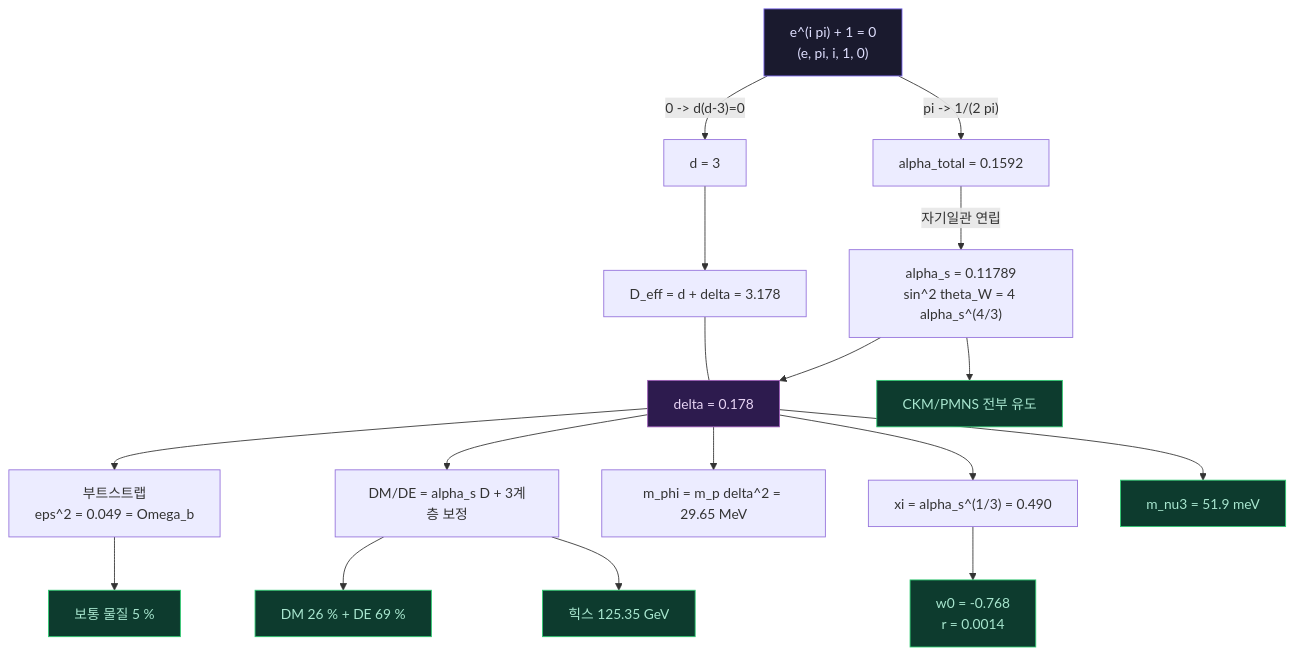
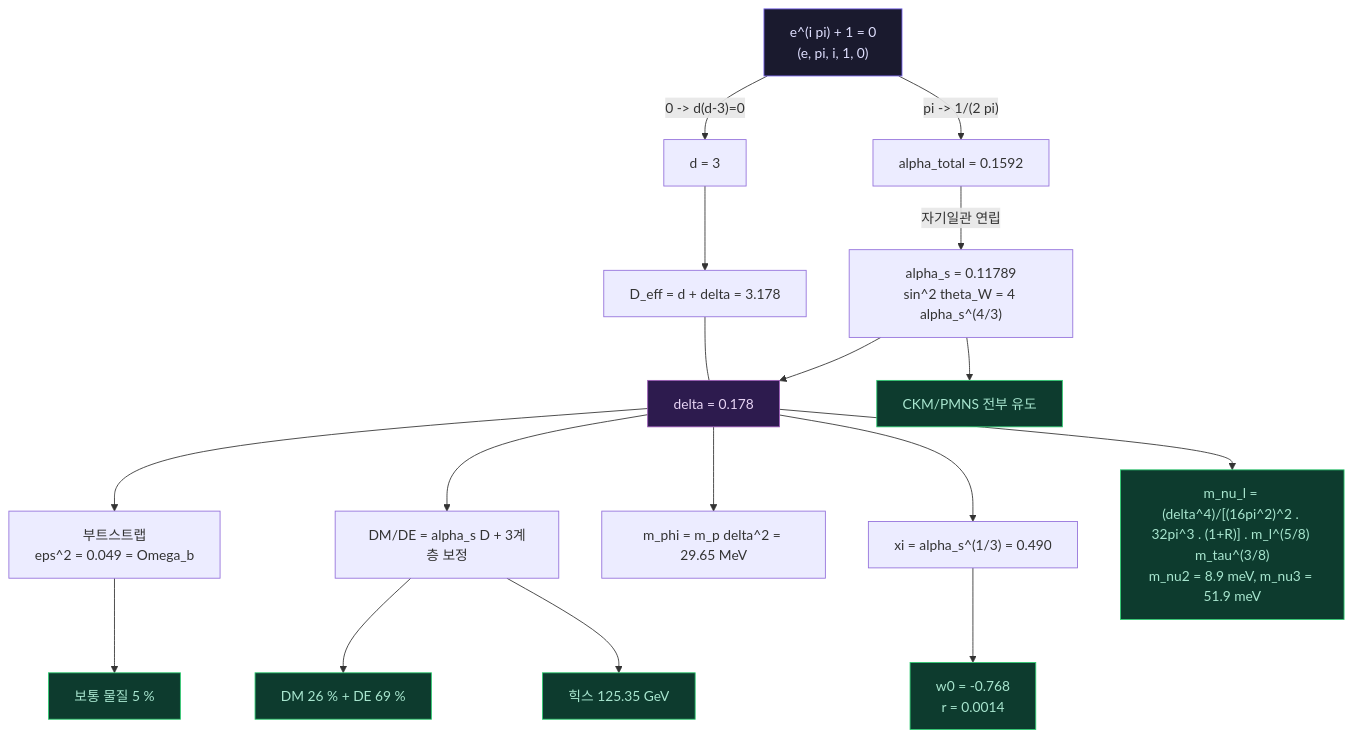
One commit to jigglypop/CE-BRAIN changed the diagram in README.md. Above: the diagram before and after it, drawn with Mermaid. The commit also changed other lines of this file and 2 other files, not shown here.

````diff
--- a/README.md
+++ b/README.md
@@ -180,34 +182,34 @@
 ```mermaid
 graph TD
     E["e^(i pi) + 1 = 0<br/>(e, pi, i, 1, 0)"]
 
     E -->|"0 -> d(d-3)=0"| D["d = 3"]
     E -->|"pi -> 1/(2 pi)"| A["alpha_total = 0.1592"]
 
     A -->|"자기일관 연립"| AS["alpha_s = 0.11789<br/>sin^2 theta_W = 4 alpha_s^(4/3)"]
 
     D --> DEFF["D_eff = d + delta = 3.178"]
     AS --> DELTA["delta = 0.178"]
     DEFF --- DELTA
 
     DELTA --> BS["부트스트랩<br/>eps^2 = 0.049 = Omega_b"]
     DELTA --> QCD["DM/DE = alpha_s D + 3계층 보정"]
     DELTA --> MASS["m_phi = m_p delta^2 = 29.65 MeV"]
     DELTA --> XI["xi = alpha_s^(1/3) = 0.490"]
 
     BS --> OB["보통 물질 5 %"]
     QCD --> DM["DM 26 % + DE 69 %"]
     QCD --> MH["힉스 125.35 GeV"]
     XI --> W0["w0 = -0.768<br/>r = 0.0014"]
     AS --> CKM["CKM/PMNS 전부 유도"]
-    DELTA --> NU["m_nu3 = 51.9 meV"]
+    DELTA --> NU["m_nu_l = (delta^4)/[(16pi^2)^2 . 32pi^3 . (1+R)] . m_l^(5/8) m_tau^(3/8)<br/>m_nu2 = 8.9 meV, m_nu3 = 51.9 meV"]
 
     style E fill:#1a1a2e,color:#e0e0ff,stroke:#7b68ee
     style DELTA fill:#2d1b4e,color:#e8d5f5,stroke:#9b59b6
     style OB fill:#0d3b2e,color:#a8e6cf,stroke:#2ecc71
     style DM fill:#0d3b2e,color:#a8e6cf,stroke:#2ecc71
     style MH fill:#0d3b2e,color:#a8e6cf,stroke:#2ecc71
     style NU fill:#0d3b2e,color:#a8e6cf,stroke:#2ecc71
     style W0 fill:#0d3b2e,color:#a8e6cf,stroke:#2ecc71
     style CKM fill:#0d3b2e,color:#a8e6cf,stroke:#2ecc71
 ```
````
